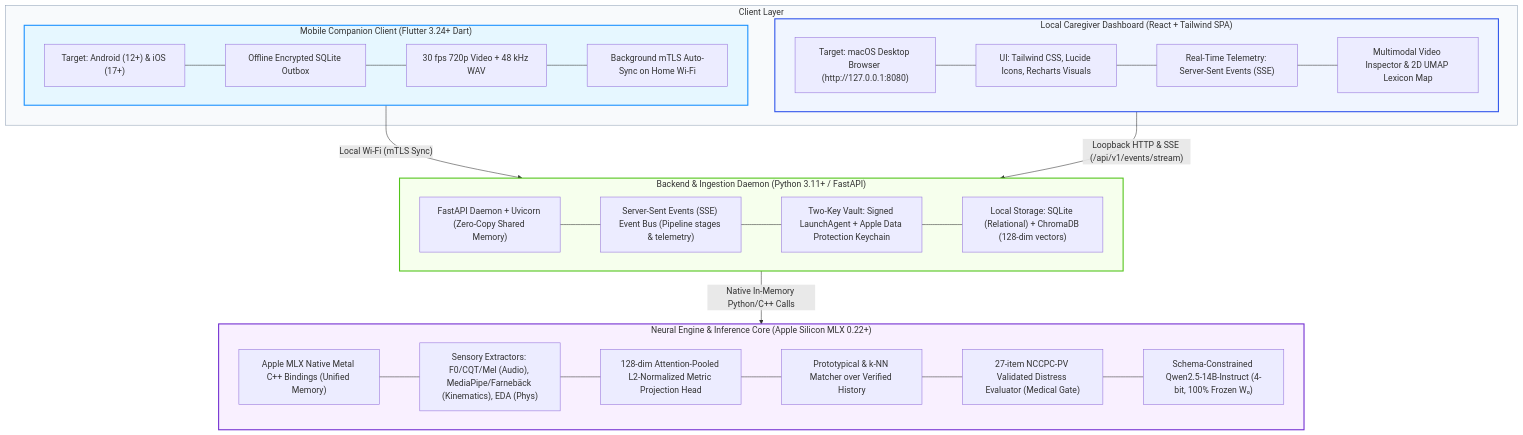
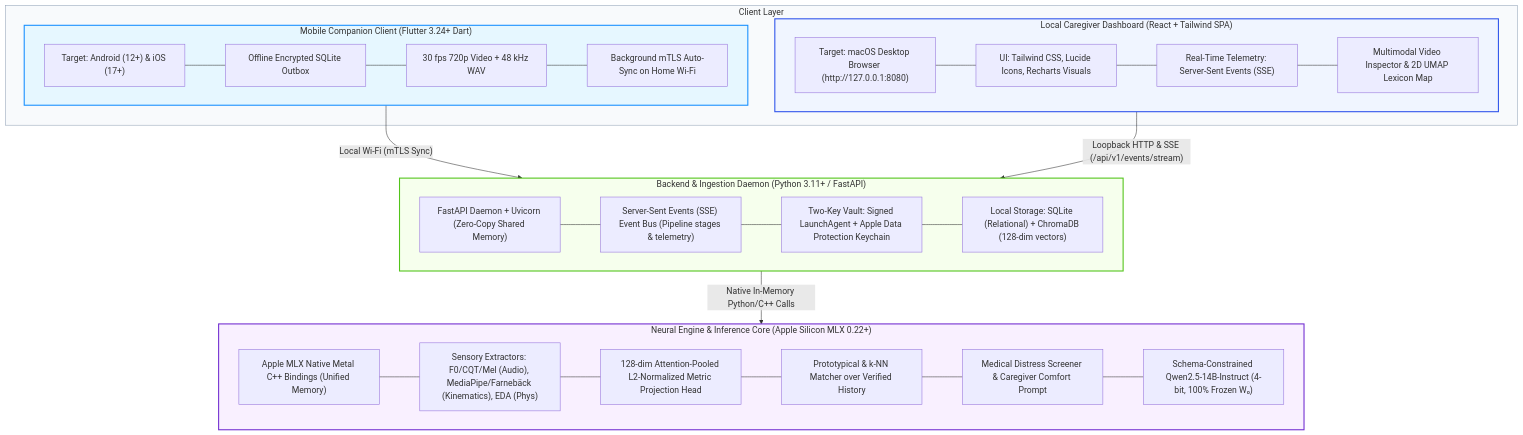
Before and after one commit to olostan/project_n: the first of 4 diagrams in SPECS.md, drawn with Mermaid. The commit also changed other lines of this file and 6 other files, not shown here.

````diff
--- a/SPECS.md
+++ b/SPECS.md
@@ -9,48 +9,48 @@
 ```mermaid
 graph TD
     subgraph Clients ["Client Layer"]
         subgraph MobileApp ["Mobile Companion Client (Flutter 3.24+ Dart)"]
             Mobile_OS["Target: Android (12+) & iOS (17+)"]
             Mobile_Outbox["Offline Encrypted SQLite Outbox"]
             Mobile_Capture["30 fps 720p Video + 48 kHz WAV"]
             Mobile_Sync["Background mTLS Auto-Sync on Home Wi-Fi"]
             Mobile_OS --- Mobile_Outbox --- Mobile_Capture --- Mobile_Sync
         end
 
         subgraph DashboardApp ["Local Caregiver Dashboard (React + Tailwind SPA)"]
             Dash_Target["Target: macOS Desktop Browser (http://127.0.0.1:8080)"]
             Dash_UI["UI: Tailwind CSS, Lucide Icons, Recharts Visuals"]
             Dash_SSE["Real-Time Telemetry: Server-Sent Events (SSE)"]
             Dash_Inspector["Multimodal Video Inspector & 2D UMAP Lexicon Map"]
             Dash_Target --- Dash_UI --- Dash_SSE --- Dash_Inspector
         end
     end
 
     subgraph BackendDaemon ["Backend & Ingestion Daemon (Python 3.11+ / FastAPI)"]
         Daemon_Core["FastAPI Daemon + Uvicorn (Zero-Copy Shared Memory)"]
         Daemon_SSE["Server-Sent Events (SSE) Event Bus (Pipeline stages & telemetry)"]
         Daemon_Vault["Two-Key Vault: Signed LaunchAgent + Apple Data Protection Keychain"]
         Daemon_Storage["Local Storage: SQLite (Relational) + ChromaDB (128-dim vectors)"]
         Daemon_Core --- Daemon_SSE --- Daemon_Vault --- Daemon_Storage
     end
 
     subgraph NeuralCore ["Neural Engine & Inference Core (Apple Silicon MLX 0.22+)"]
         MLX_Metal["Apple MLX Native Metal C++ Bindings (Unified Memory)"]
         MLX_Sensory["Sensory Extractors: F0/CQT/Mel (Audio), MediaPipe/Farnebäck (Kinematics), EDA (Phys)"]
         MLX_Metric["128-dim Attention-Pooled L2-Normalized Metric Projection Head"]
         MLX_Matcher["Prototypical & k-NN Matcher over Verified History"]
-        MLX_Safety["27-item NCCPC-PV Validated Distress Evaluator (Medical Gate)"]
+        MLX_Safety["Medical Distress Screener & Caregiver Comfort Prompt"]
         MLX_Renderer["Schema-Constrained Qwen2.5-14B-Instruct (4-bit, 100% Frozen W₀)"]
         MLX_Metal --- MLX_Sensory --- MLX_Metric --- MLX_Matcher --- MLX_Safety --- MLX_Renderer
     end
 
     MobileApp -->|"Local Wi-Fi (mTLS Sync)"| BackendDaemon
     DashboardApp -->|"Loopback HTTP & SSE (/api/v1/events/stream)"| BackendDaemon
     BackendDaemon -->|"Native In-Memory Python/C++ Calls"| NeuralCore
 
     style Clients fill:#f8fafc,stroke:#94a3b8,stroke-width:1px
     style MobileApp fill:#e6f7ff,stroke:#1890ff,stroke-width:2px
     style DashboardApp fill:#f0f5ff,stroke:#2f54eb,stroke-width:2px
     style BackendDaemon fill:#f6ffed,stroke:#52c41a,stroke-width:2px
     style NeuralCore fill:#f9f0ff,stroke:#722ed1,stroke-width:2px
 ```
````
